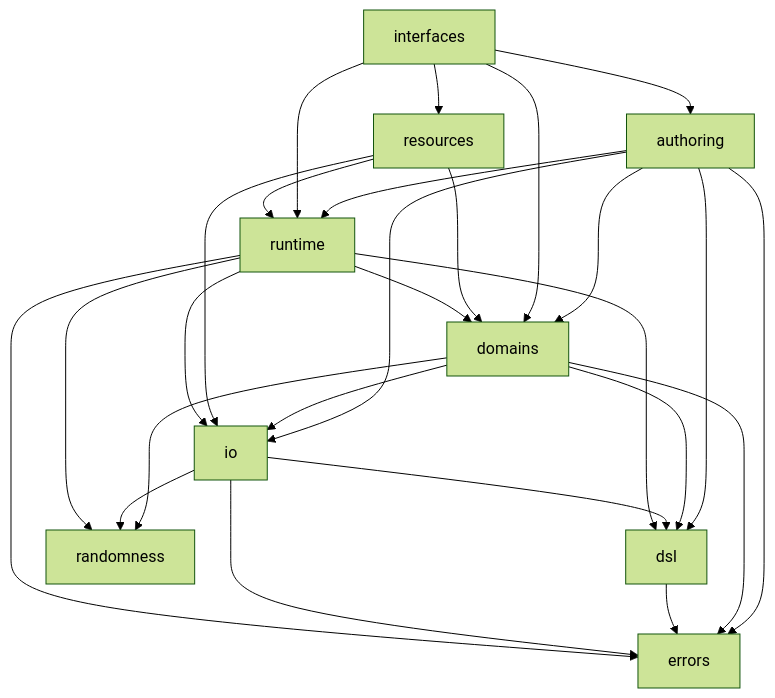
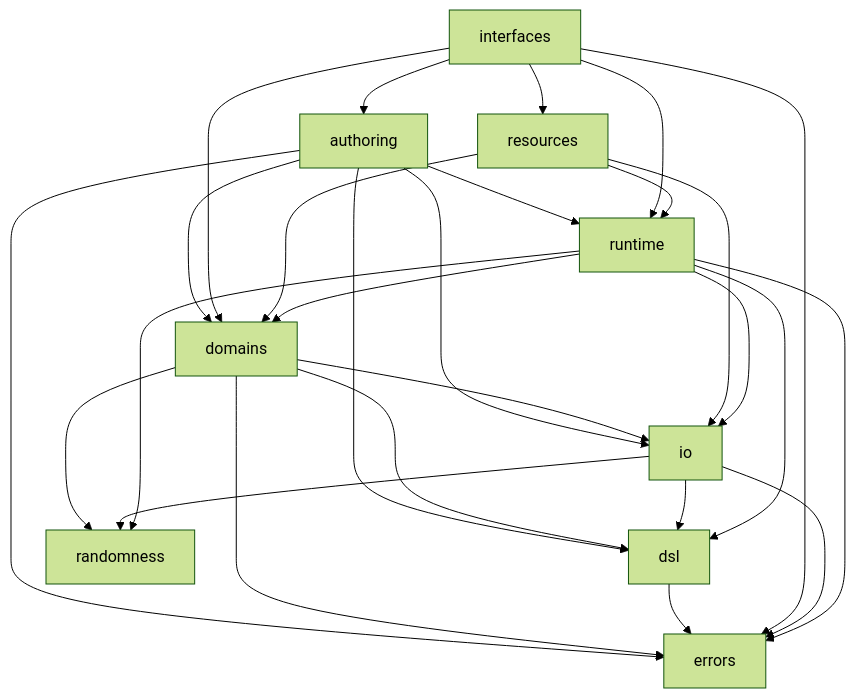
Before and after one commit to rapiddweller/datamimic: the second of 2 diagrams in docs/architecture/refactoring-study/experiment-2/target-architecture.md, drawn with Mermaid (forest theme). The commit also changed 96 other files, not shown here.

````diff
--- a/docs/architecture/refactoring-study/experiment-2/target-architecture.md
+++ b/docs/architecture/refactoring-study/experiment-2/target-architecture.md
@@ -98,28 +98,29 @@
 ```mermaid
 graph TD
     authoring --> domains
     authoring --> dsl
     authoring --> errors
     authoring --> io
     authoring --> runtime
     domains --> dsl
     domains --> errors
     domains --> io
     domains --> randomness
     dsl --> errors
     interfaces --> authoring
     interfaces --> domains
+    interfaces --> errors
     interfaces --> resources
     interfaces --> runtime
     io --> dsl
     io --> errors
     io --> randomness
     resources --> domains
     resources --> io
     resources --> runtime
     runtime --> domains
     runtime --> dsl
     runtime --> errors
     runtime --> io
     runtime --> randomness
 ```
````
